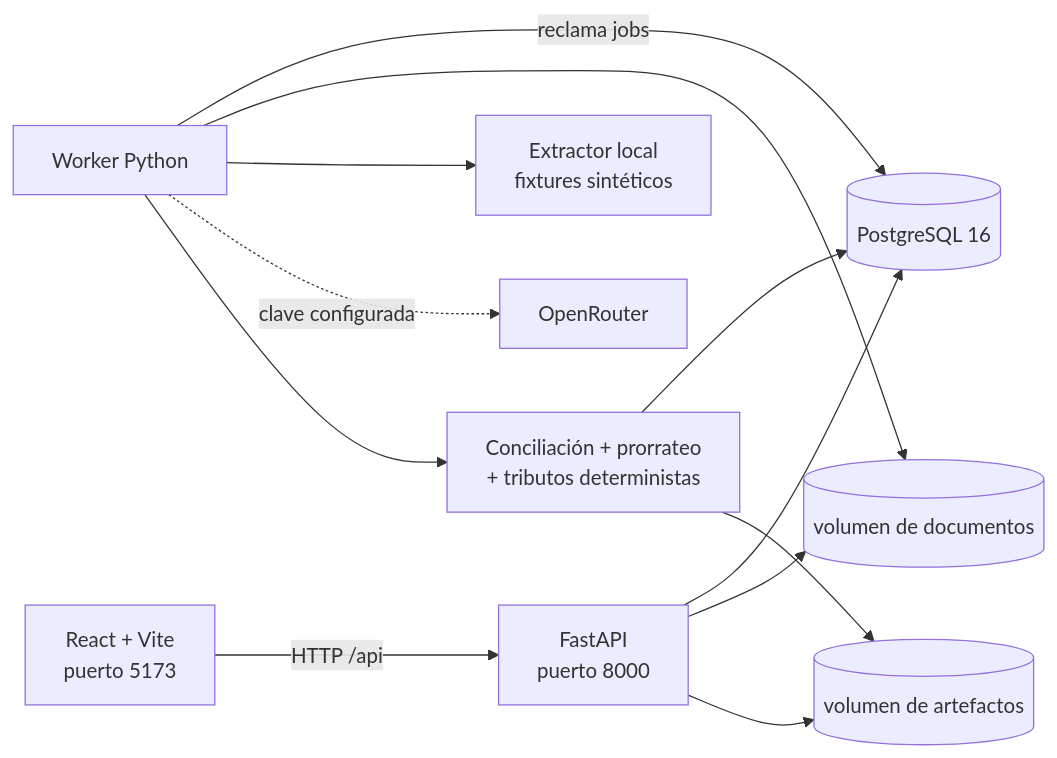
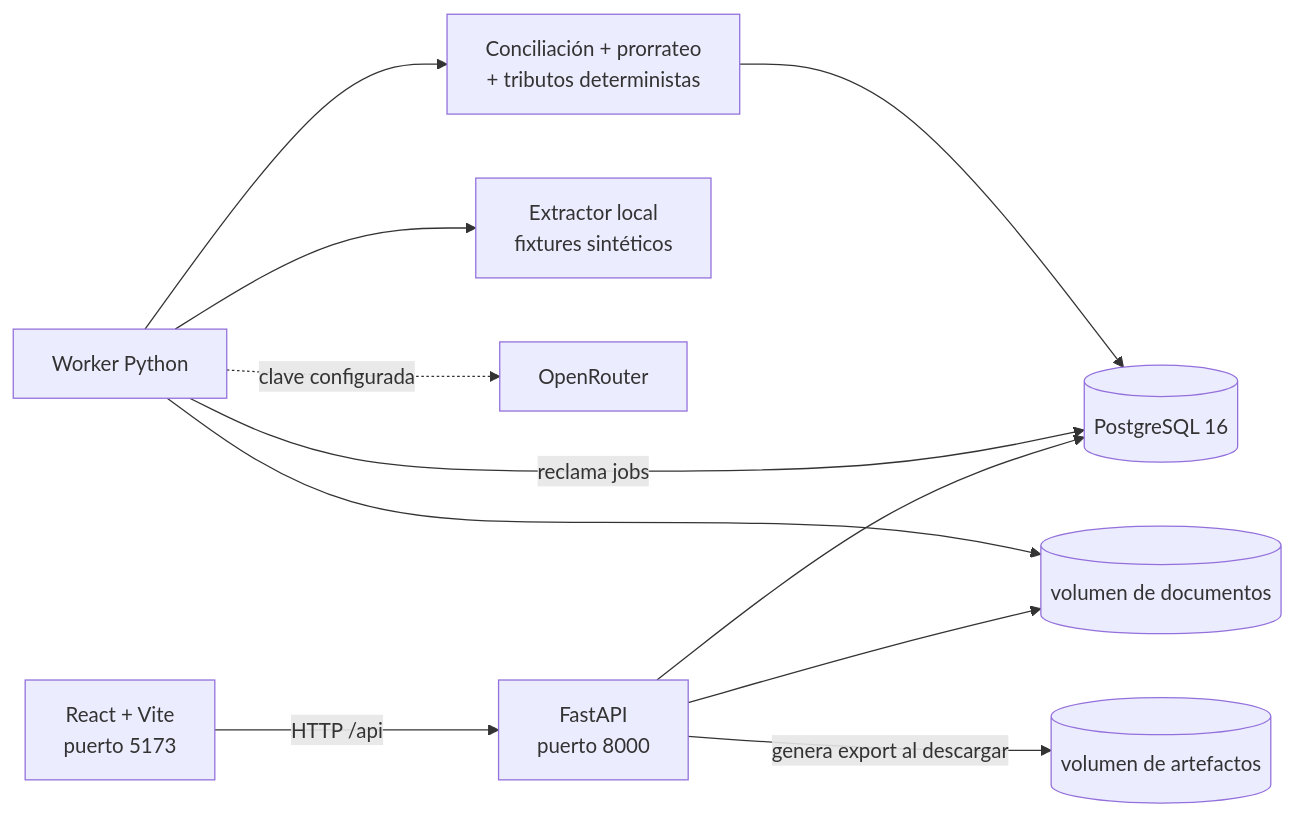
Before and after one commit to Clercminator/aduana: the diagram in README.md, drawn with Mermaid. The commit also changed other lines of this file and 1 other file, not shown here.

````diff
--- a/README.md
+++ b/README.md
@@ -123,14 +186,13 @@
 ```mermaid
 flowchart LR
     UI[React + Vite\npuerto 5173] -->|HTTP /api| API[FastAPI\npuerto 8000]
     API --> DB[(PostgreSQL 16)]
     API --> DOCS[(volumen de documentos)]
-    API --> ART[(volumen de artefactos)]
+    API -->|genera export al descargar| ART[(volumen de artefactos)]
     WORKER[Worker Python] -->|reclama jobs| DB
     WORKER --> DOCS
     WORKER --> LOCAL[Extractor local\nfixtures sintéticos]
     WORKER -. clave configurada .-> OR[OpenRouter]
     WORKER --> ENGINE[Conciliación + prorrateo\n+ tributos deterministas]
     ENGINE --> DB
-    ENGINE --> ART
 ```
````
